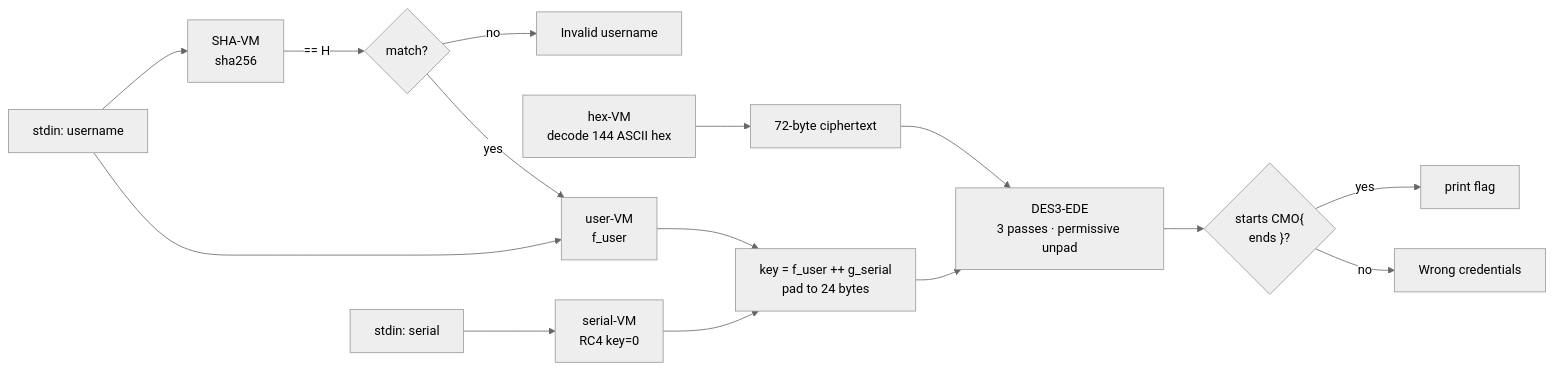
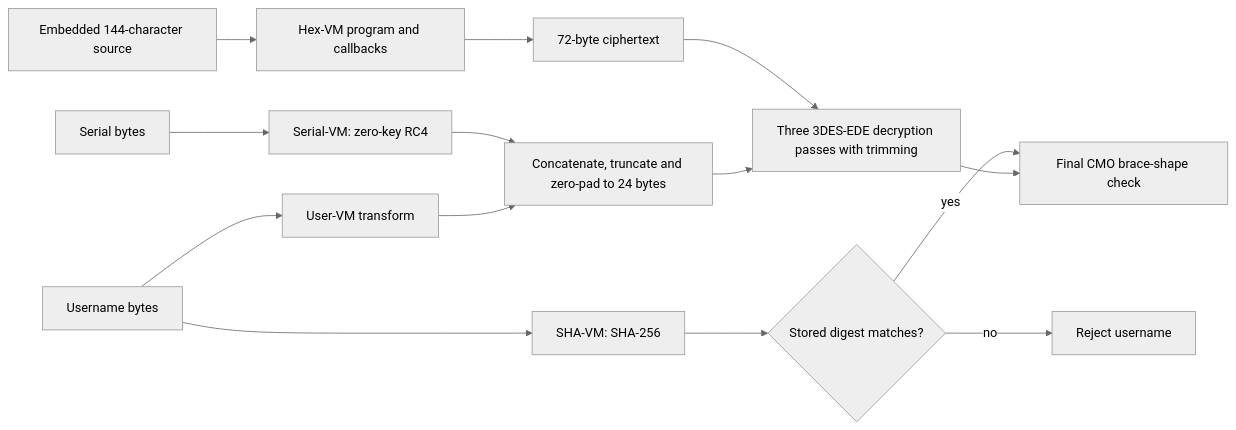
Before and after one commit to ajaniramon/pafet-crackme: the diagram in README.md, drawn with Mermaid (neutral theme). The commit also changed other lines of this file, not shown here.

````diff
--- a/README.md
+++ b/README.md
@@ -33,23 +136,16 @@
 ```mermaid
 flowchart LR
-    U[stdin: username]
-    S[stdin: serial]
-
-    U --> SHA[SHA-VM<br>sha256]
-    SHA -->|== H| GATE{match?}
-    GATE -->|no| REJ[Invalid username]
-    GATE -->|yes| F
-
-    U --> F[user-VM<br>f_user]
-    S --> G[serial-VM<br>RC4 key=0]
-
-    F --> K[key = f_user ++ g_serial<br>pad to 24 bytes]
-    G --> K
-
-    HEX[hex-VM<br>decode 144 ASCII hex] --> CT[72-byte ciphertext]
-    CT --> D[DES3-EDE<br>3 passes · permissive unpad]
-    K --> D
-    D --> SH{"starts CMO{<br>ends }?"}
-    SH -->|yes| OUT[print flag]
-    SH -->|no| REJ2[Wrong credentials]
+    U[Username bytes] --> SHA[SHA-VM: SHA-256]
+    SHA --> G{Stored digest matches?}
+    U --> UV[User-VM transform]
+    S[Serial bytes] --> SV[Serial-VM: zero-key RC4]
+    UV --> K[Concatenate, truncate and zero-pad to 24 bytes]
+    SV --> K
+    H[Embedded 144-character source] --> HV[Hex-VM program and callbacks]
+    HV --> C[72-byte ciphertext]
+    K --> D[Three 3DES-EDE decryption passes with trimming]
+    C --> D
+    D --> A[Final CMO brace-shape check]
+    G -->|yes| A
+    G -->|no| R[Reject username]
 ```
````
